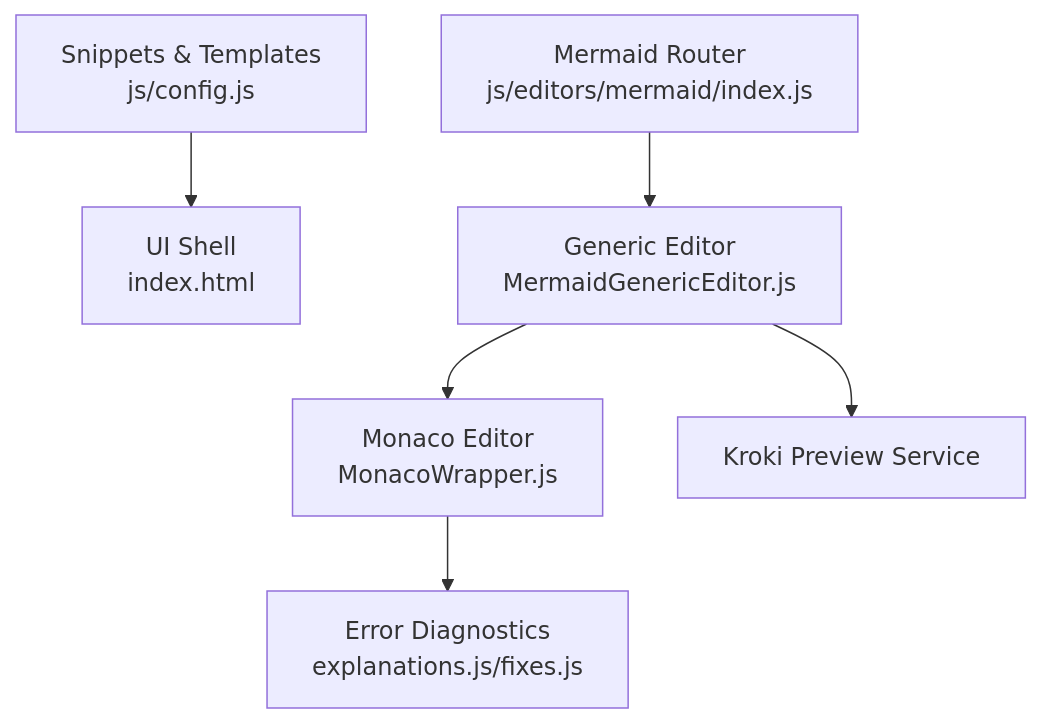
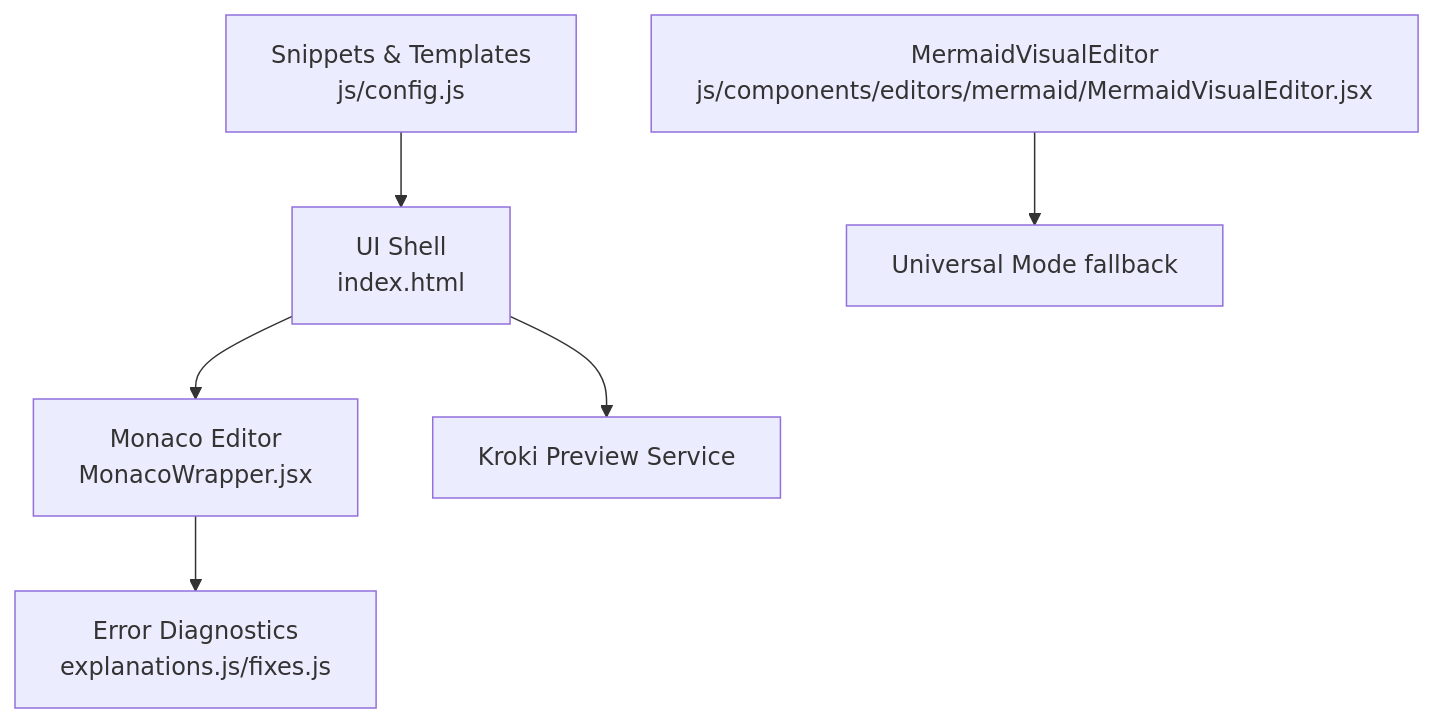
One commit to ongchonghian/universal-diagram-editor changed the fourth of 4 diagrams in .qoder/repowiki/en/content/Diagram Types and Formats/Mermaid Diagrams/State Diagrams.md. Above: the diagram before and after it, drawn with Mermaid. The commit also changed other lines of this file and 31 other files, not shown here.

````diff
--- a/.qoder/repowiki/en/content/Diagram Types and Formats/Mermaid Diagrams/State Diagrams.md
+++ b/.qoder/repowiki/en/content/Diagram Types and Formats/Mermaid Diagrams/State Diagrams.md
@@ -228,8 +221,8 @@
 ```mermaid
 graph TB
 Config["Snippets & Templates<br/>js/config.js"] --> UI["UI Shell<br/>index.html"]
-Router["Mermaid Router<br/>js/editors/mermaid/index.js"] --> Editor["Generic Editor<br/>MermaidGenericEditor.js"]
-Editor --> Monaco["Monaco Editor<br/>MonacoWrapper.js"]
+Router["MermaidVisualEditor<br/>js/components/editors/mermaid/MermaidVisualEditor.jsx"] --> Editor["Universal Mode fallback"]
+UI --> Monaco["Monaco Editor<br/>MonacoWrapper.jsx"]
 Monaco --> Diagnostics["Error Diagnostics<br/>explanations.js/fixes.js"]
-Editor --> Preview["Kroki Preview Service"]
+UI --> Preview["Kroki Preview Service"]
 ```
````
